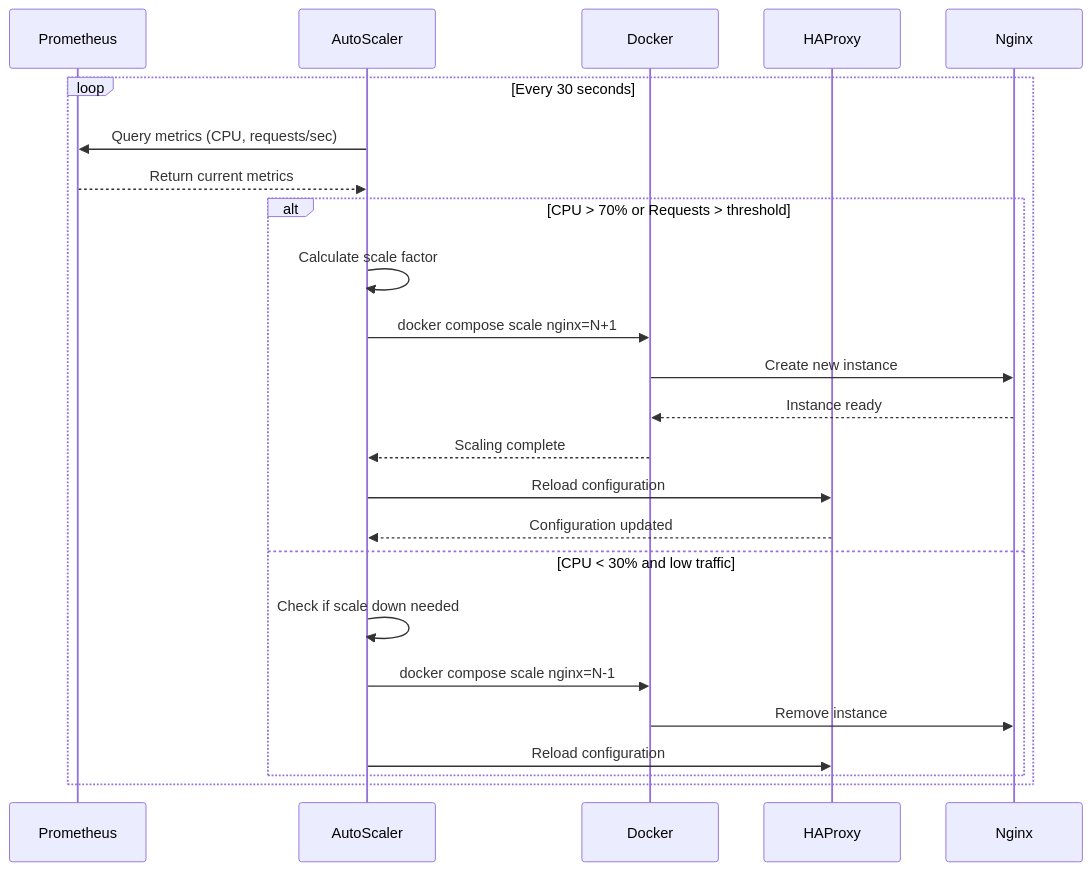
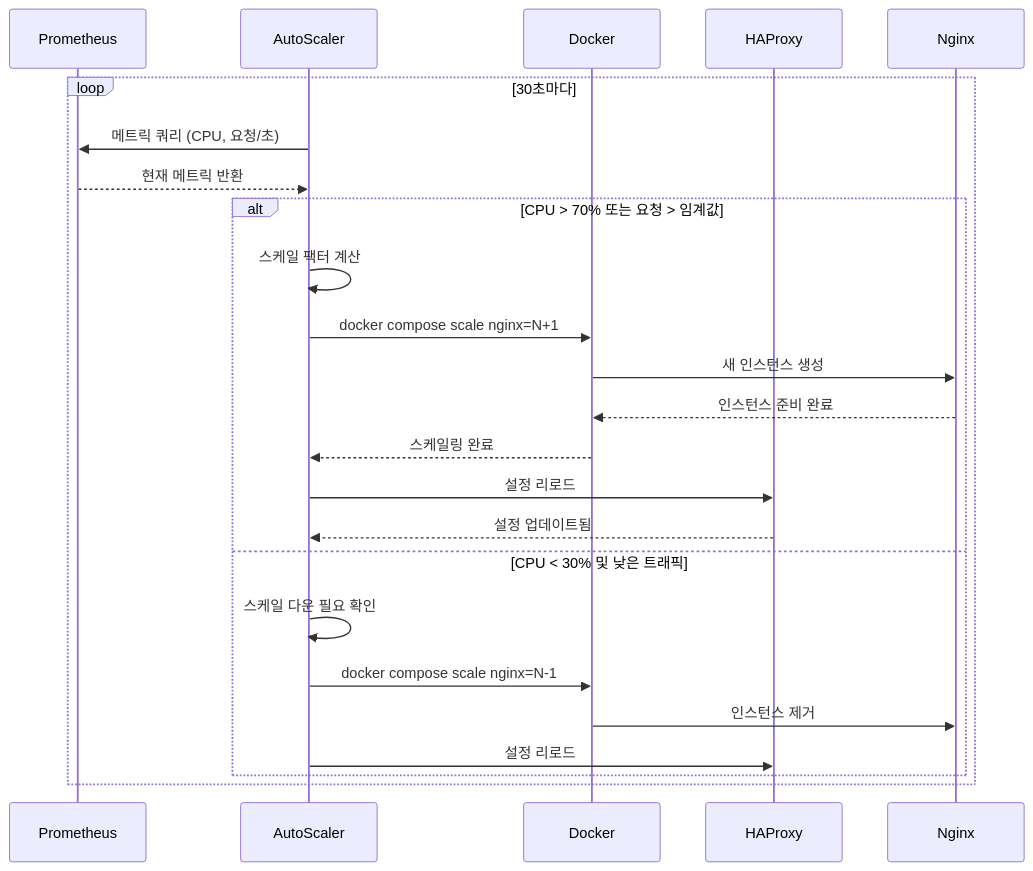
The third of 4 diagrams in README.md (byeongyuseob/techup), drawn with Mermaid before and after one commit. The commit also changed other lines of this file, not shown here.

````diff
--- a/README.md
+++ b/README.md
@@ -101,28 +101,28 @@
 ```mermaid
 sequenceDiagram
     participant Prometheus
     participant AutoScaler
     participant Docker
     participant HAProxy
     participant Nginx
 
-    loop Every 30 seconds
-        AutoScaler->>Prometheus: Query metrics (CPU, requests/sec)
-        Prometheus-->>AutoScaler: Return current metrics
+    loop 30초마다
+        AutoScaler->>Prometheus: 메트릭 쿼리 (CPU, 요청/초)
+        Prometheus-->>AutoScaler: 현재 메트릭 반환
 
-        alt CPU > 70% or Requests > threshold
-            AutoScaler->>AutoScaler: Calculate scale factor
+        alt CPU > 70% 또는 요청 > 임계값
+            AutoScaler->>AutoScaler: 스케일 팩터 계산
             AutoScaler->>Docker: docker compose scale nginx=N+1
-            Docker->>Nginx: Create new instance
-            Nginx-->>Docker: Instance ready
-            Docker-->>AutoScaler: Scaling complete
-            AutoScaler->>HAProxy: Reload configuration
-            HAProxy-->>AutoScaler: Configuration updated
-        else CPU < 30% and low traffic
-            AutoScaler->>AutoScaler: Check if scale down needed
+            Docker->>Nginx: 새 인스턴스 생성
+            Nginx-->>Docker: 인스턴스 준비 완료
+            Docker-->>AutoScaler: 스케일링 완료
+            AutoScaler->>HAProxy: 설정 리로드
+            HAProxy-->>AutoScaler: 설정 업데이트됨
+        else CPU < 30% 및 낮은 트래픽
+            AutoScaler->>AutoScaler: 스케일 다운 필요 확인
             AutoScaler->>Docker: docker compose scale nginx=N-1
-            Docker->>Nginx: Remove instance
-            AutoScaler->>HAProxy: Reload configuration
+            Docker->>Nginx: 인스턴스 제거
+            AutoScaler->>HAProxy: 설정 리로드
         end
     end
 ```
````
